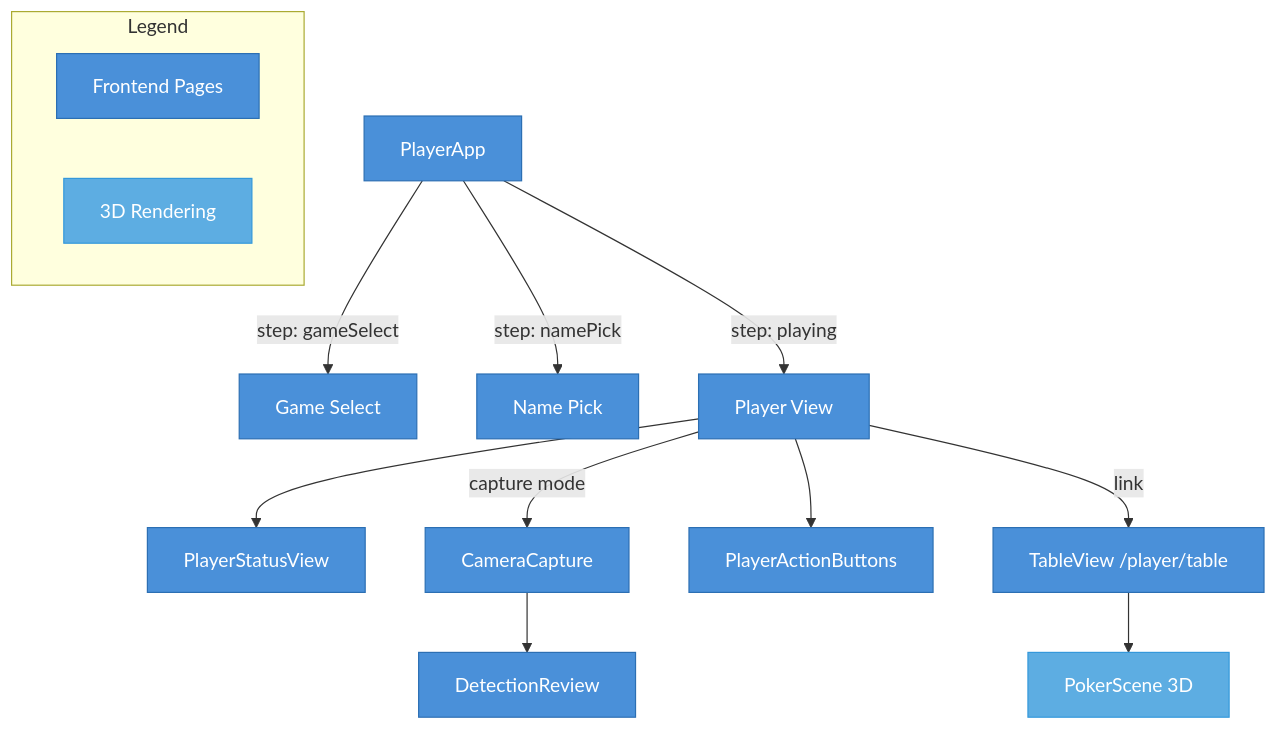
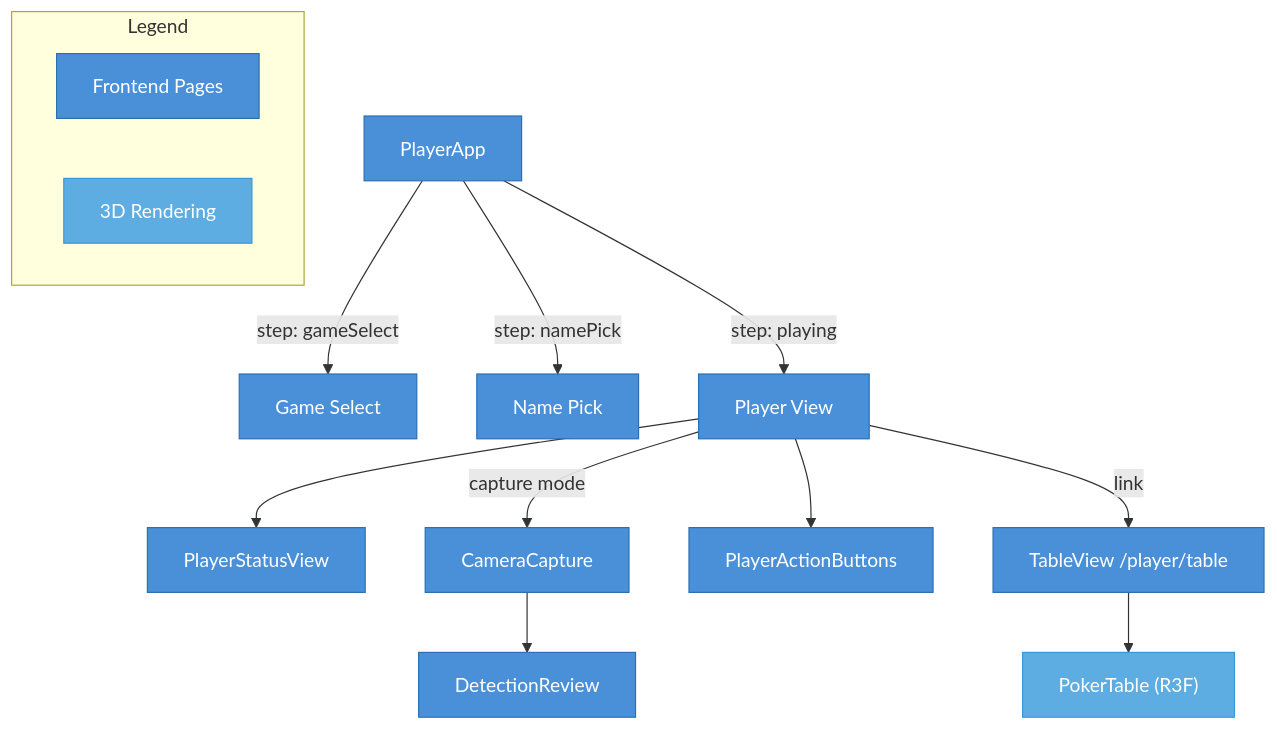
One commit to achung123/aia-core changed the third of 6 diagrams in docs/frontend/architecture.md. Above: the diagram before and after it, drawn with Mermaid. The commit also changed other lines of this file and 224 other files, not shown here.

````diff
--- a/docs/frontend/architecture.md
+++ b/docs/frontend/architecture.md
@@ -260,32 +287,32 @@
 ```mermaid
 flowchart TD
     PA["PlayerApp"]:::fe
     GS2["Game Select"]:::fe
     NP["Name Pick"]:::fe
     PV["Player View"]:::fe
     PSV["PlayerStatusView"]:::fe
     CC2["CameraCapture"]:::fe
     DR2["DetectionReview"]:::fe
     PAB["PlayerActionButtons"]:::fe
     TV["TableView /player/table"]:::fe
-    PS["PokerScene 3D"]:::fe3d
+    PS["PokerTable (R3F)"]:::fe3d
 
     PA -->|"step: gameSelect"| GS2
     PA -->|"step: namePick"| NP
     PA -->|"step: playing"| PV
     PV --> PSV
     PV -->|"capture mode"| CC2
     CC2 --> DR2
     PV --> PAB
     PV -->|"link"| TV
     TV --> PS
 
     classDef fe fill:#4A90D9,stroke:#2C6FB3,color:#FFFFFF
     classDef fe3d fill:#5DADE2,stroke:#3498DB,color:#FFFFFF
 
     subgraph Legend
         direction LR
         L1[Frontend Pages]:::fe
         L2[3D Rendering]:::fe3d
     end
 ```
````
